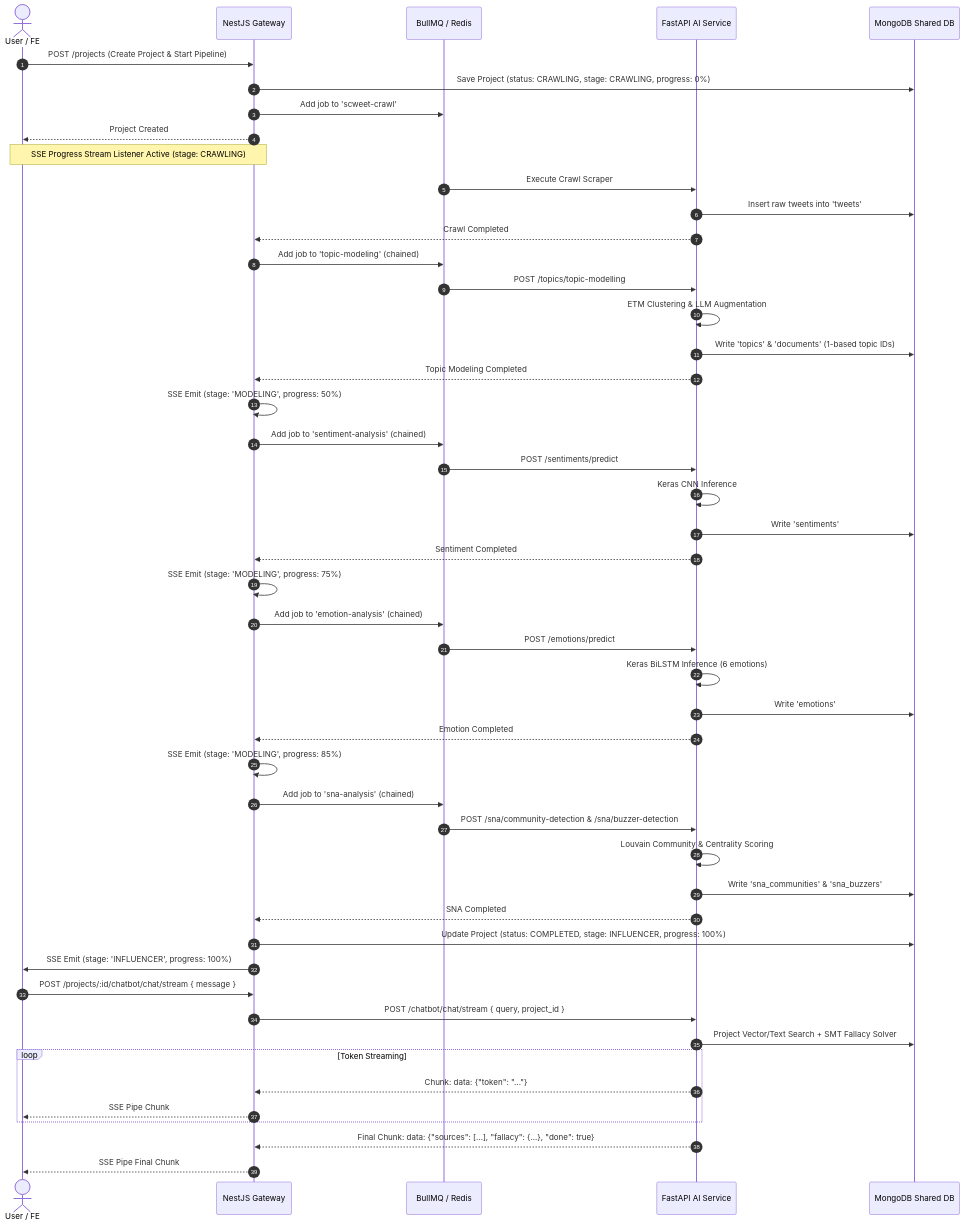
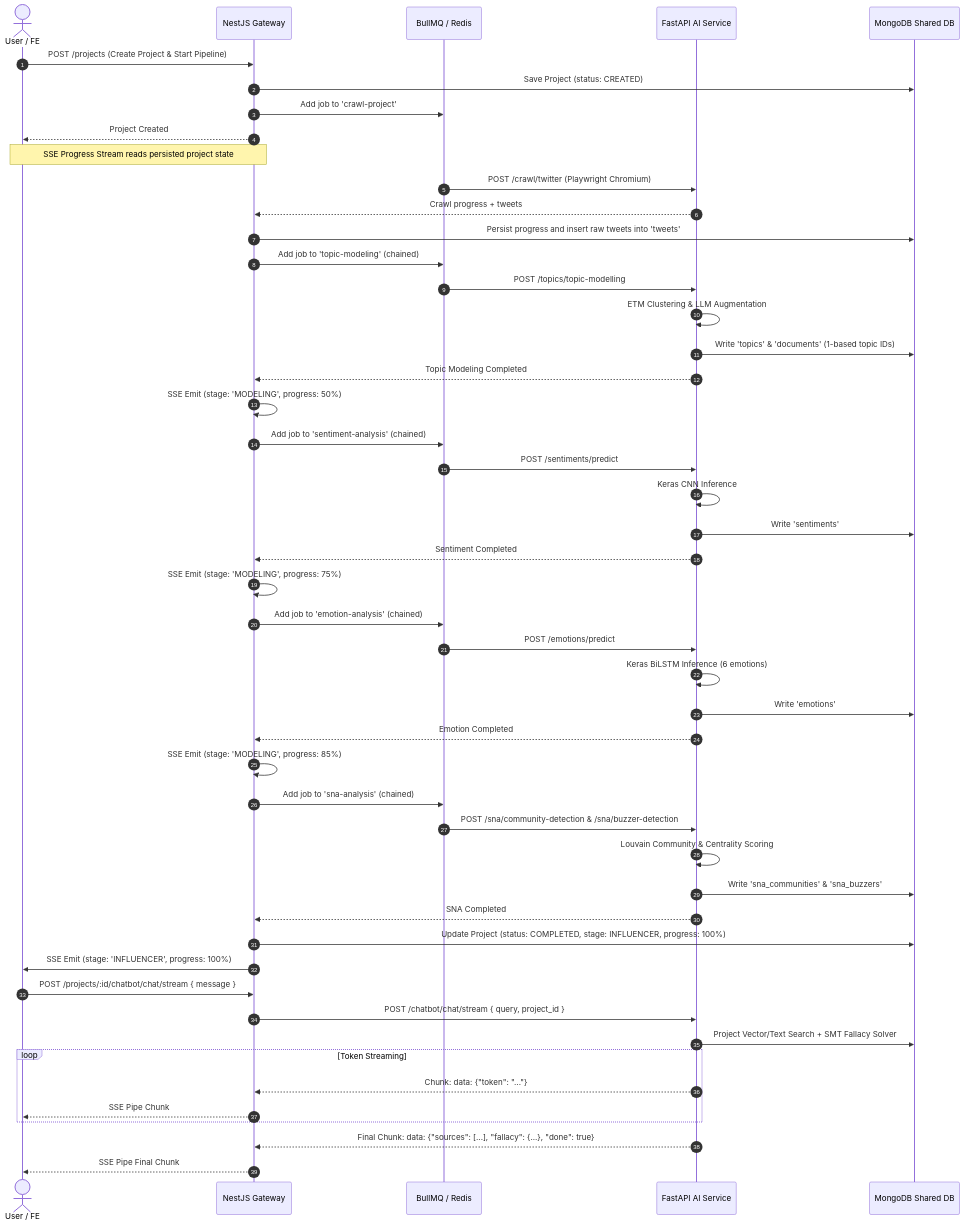
One commit to codelabs-socialabs/socialabs-fe changed the second of 2 diagrams in docs/application-overview.md. Above: the diagram before and after it, drawn with Mermaid. The commit also changed other lines of this file and 4 other files, not shown here.

Commit message:
feat: Improve crawl progress streaming and document the crawler

````diff
--- a/docs/application-overview.md
+++ b/docs/application-overview.md
@@ -64,58 +64,58 @@
 ```mermaid
 sequenceDiagram
     autonumber
     actor User as User / FE
     participant Gateway as NestJS Gateway
     participant Queue as BullMQ / Redis
     participant AISvc as FastAPI AI Service
     participant Mongo as MongoDB Shared DB
 
     User->>Gateway: POST /projects (Create Project & Start Pipeline)
-    Gateway->>Mongo: Save Project (status: CRAWLING, stage: CRAWLING, progress: 0%)
-    Gateway->>Queue: Add job to 'scweet-crawl'
+    Gateway->>Mongo: Save Project (status: CREATED)
+    Gateway->>Queue: Add job to 'crawl-project'
     Gateway-->>User: Project Created
 
-    Note over Gateway,User: SSE Progress Stream Listener Active (stage: CRAWLING)
-    Queue->>AISvc: Execute Crawl Scraper
-    AISvc->>Mongo: Insert raw tweets into 'tweets'
-    AISvc-->>Gateway: Crawl Completed
+    Note over Gateway,User: SSE Progress Stream reads persisted project state
+    Queue->>AISvc: POST /crawl/twitter (Playwright Chromium)
+    AISvc-->>Gateway: Crawl progress + tweets
+    Gateway->>Mongo: Persist progress and insert raw tweets into 'tweets'
     Gateway->>Queue: Add job to 'topic-modeling' (chained)
 
     Queue->>AISvc: POST /topics/topic-modelling
     AISvc->>AISvc: ETM Clustering & LLM Augmentation
     AISvc->>Mongo: Write 'topics' & 'documents' (1-based topic IDs)
     AISvc-->>Gateway: Topic Modeling Completed
     Gateway->>Gateway: SSE Emit (stage: 'MODELING', progress: 50%)
     Gateway->>Queue: Add job to 'sentiment-analysis' (chained)
 
     Queue->>AISvc: POST /sentiments/predict
     AISvc->>AISvc: Keras CNN Inference
     AISvc->>Mongo: Write 'sentiments'
     AISvc-->>Gateway: Sentiment Completed
     Gateway->>Gateway: SSE Emit (stage: 'MODELING', progress: 75%)
     Gateway->>Queue: Add job to 'emotion-analysis' (chained)
 
     Queue->>AISvc: POST /emotions/predict
     AISvc->>AISvc: Keras BiLSTM Inference (6 emotions)
     AISvc->>Mongo: Write 'emotions'
     AISvc-->>Gateway: Emotion Completed
     Gateway->>Gateway: SSE Emit (stage: 'MODELING', progress: 85%)
     Gateway->>Queue: Add job to 'sna-analysis' (chained)
 
     Queue->>AISvc: POST /sna/community-detection & /sna/buzzer-detection
     AISvc->>AISvc: Louvain Community & Centrality Scoring
     AISvc->>Mongo: Write 'sna_communities' & 'sna_buzzers'
     AISvc-->>Gateway: SNA Completed
     Gateway->>Mongo: Update Project (status: COMPLETED, stage: INFLUENCER, progress: 100%)
     Gateway->>User: SSE Emit (stage: 'INFLUENCER', progress: 100%)
 
     User->>Gateway: POST /projects/:id/chatbot/chat/stream { message }
     Gateway->>AISvc: POST /chatbot/chat/stream { query, project_id }
     AISvc->>Mongo: Project Vector/Text Search + SMT Fallacy Solver
     loop Token Streaming
         AISvc-->>Gateway: Chunk: data: {"token": "..."}
         Gateway-->>User: SSE Pipe Chunk
     end
     AISvc-->>Gateway: Final Chunk: data: {"sources": [...], "fallacy": {...}, "done": true}
     Gateway-->>User: SSE Pipe Final Chunk
 ```
````
